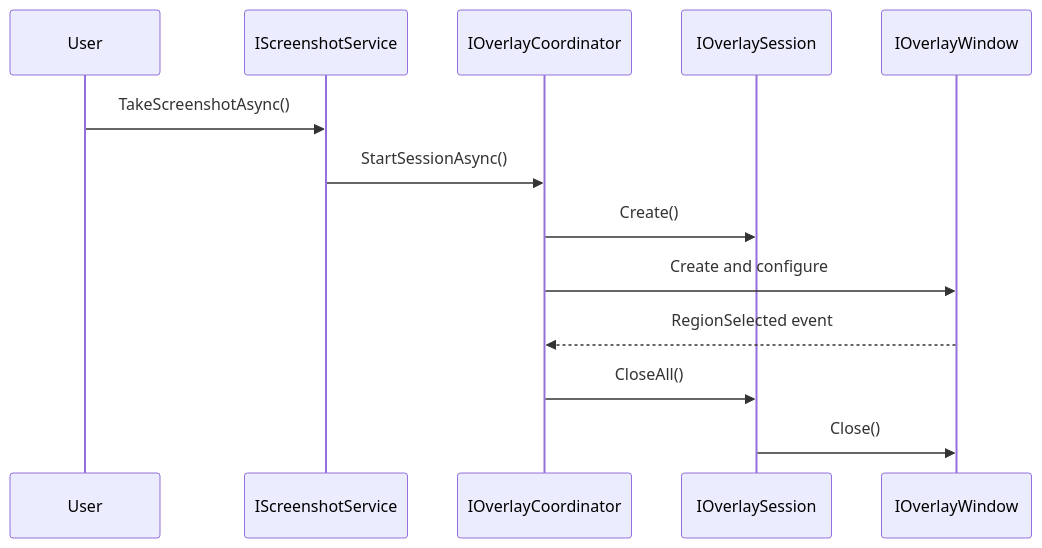
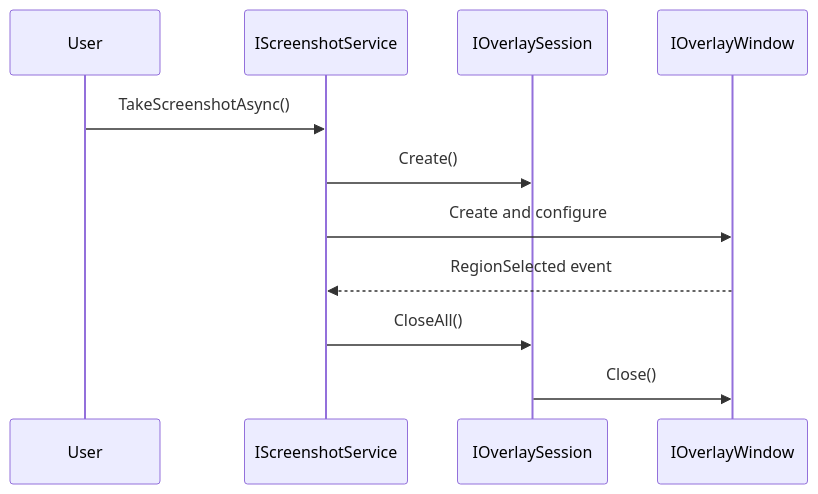
The diagram in docs/overlay-system-architecture.md (AGIBuild/AGI.Kapster), drawn with Mermaid before and after one commit. The commit also changed other lines of this file and 55 other files, not shown here.

````diff
--- a/docs/overlay-system-architecture.md
+++ b/docs/overlay-system-architecture.md
@@ -174,16 +187,14 @@
 ```mermaid
 sequenceDiagram
     participant User
     participant Service as IScreenshotService
-    participant Coord as IOverlayCoordinator
     participant Session as IOverlaySession
     participant Window as IOverlayWindow
     
     User->>Service: TakeScreenshotAsync()
-    Service->>Coord: StartSessionAsync()
-    Coord->>Session: Create()
-    Coord->>Window: Create and configure
-    Window-->>Coord: RegionSelected event
-    Coord->>Session: CloseAll()
+    Service->>Session: Create()
+    Service->>Window: Create and configure
+    Window-->>Service: RegionSelected event
+    Service->>Session: CloseAll()
     Session->>Window: Close()
 ```
````
